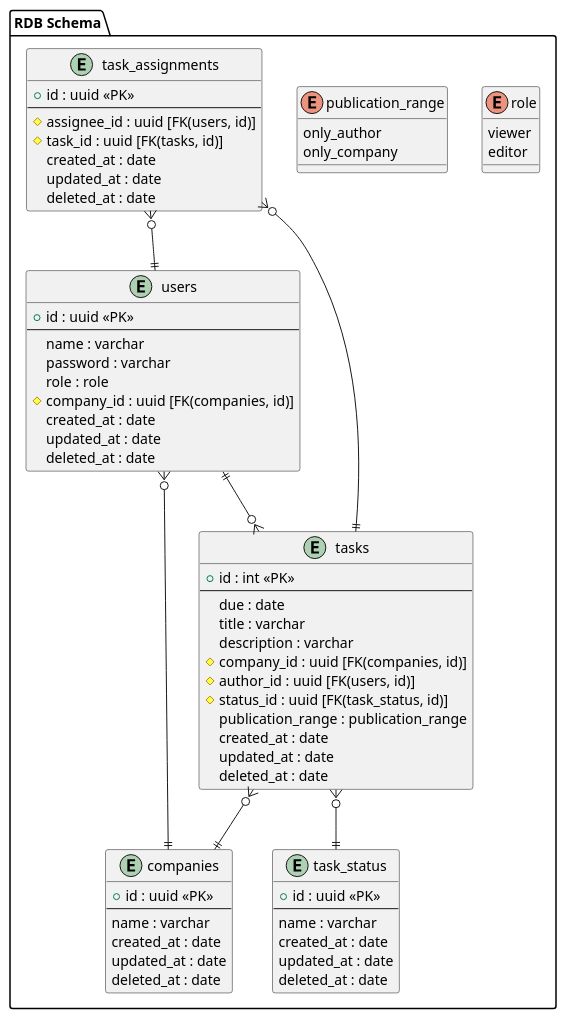
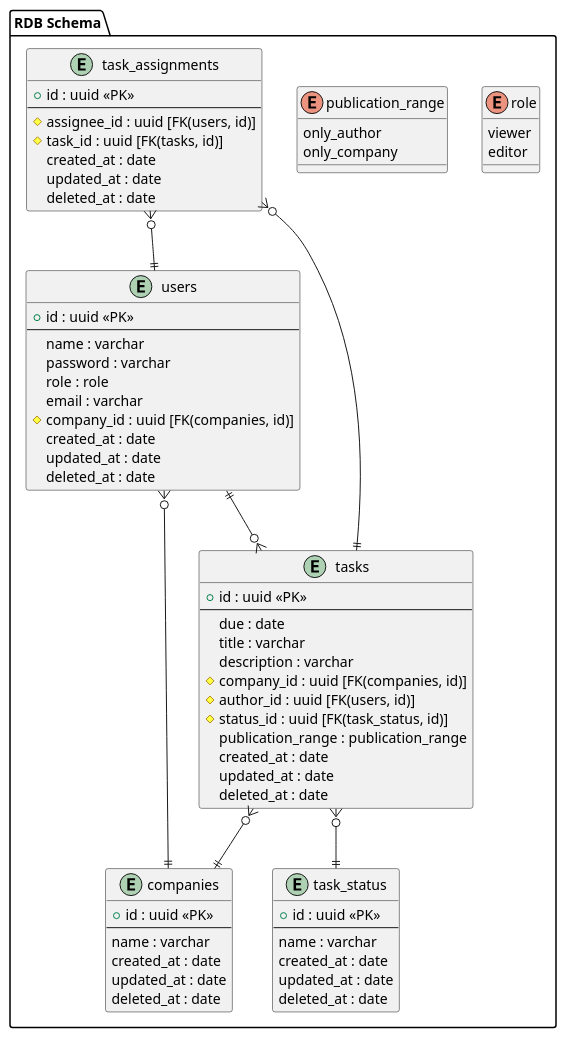
One commit to reibomaru/todo-app changed the diagram in design_files/todo.puml. Above: the diagram before and after it, drawn with PlantUML. The commit also changed 2 other files, not shown here.

```diff
--- a/design_files/todo.puml
+++ b/design_files/todo.puml
@@ -1,78 +1,79 @@
 @startuml todo
 
 package "RDB Schema" {
 
   enum "role" {
     viewer
     editor
   }
 
   enum "publication_range" {
     only_author
     only_company
   }
 
   entity "companies" {
     + id : uuid <<PK>>
     ---
     name : varchar
     created_at : date
     updated_at : date
     deleted_at : date
   }
 
   entity "users" {
     + id : uuid <<PK>>
     ---
     name : varchar
     password : varchar
     role : role
+    email : varchar
     # company_id : uuid [FK(companies, id)]
     created_at : date
     updated_at : date
     deleted_at : date
   }
 
   entity "task_assignments" {
     + id : uuid <<PK>>
     ---
     # assignee_id : uuid [FK(users, id)]
     # task_id : uuid [FK(tasks, id)]
     created_at : date
     updated_at : date
     deleted_at : date
   }
 
   entity "task_status" {
     + id : uuid <<PK>>
     ---
     name : varchar
     created_at : date
     updated_at : date
     deleted_at : date
   }
 
   entity "tasks" {
-    + id : int <<PK>>
+    + id : uuid <<PK>>
     ---
     due : date
     title : varchar
     description : varchar
     # company_id : uuid [FK(companies, id)]
     # author_id : uuid [FK(users, id)]
     # status_id : uuid [FK(task_status, id)]
     publication_range : publication_range
     created_at : date
     updated_at : date
     deleted_at : date
   }
 
   users }o--|| companies
   tasks }o--|| companies
   tasks }o--|| task_status
   users ||--o{ tasks
   task_assignments }o--|| users
   task_assignments }o--|| tasks
 }
 
 @enduml
```
